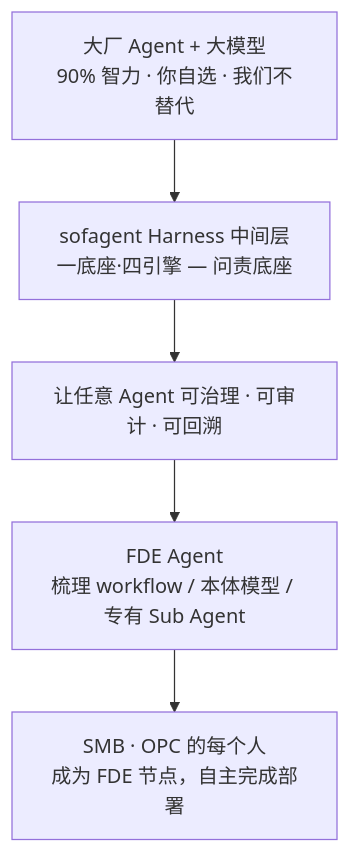
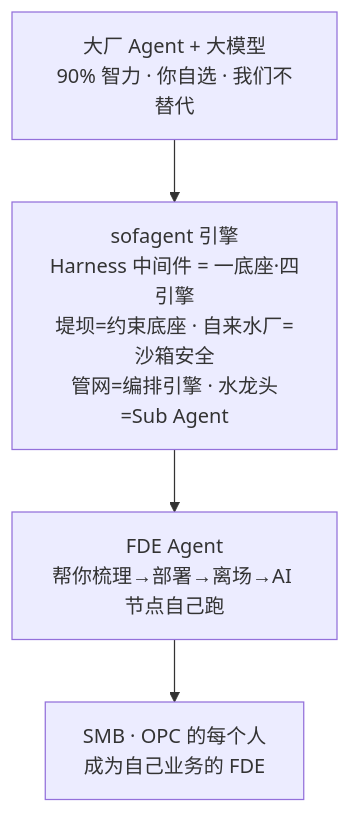
Before and after one commit to KongFangXun/sofagent: the first of 5 diagrams in docs/ARCHITECTURE.md, drawn with Mermaid. The commit also changed 6 other files, not shown here.

First line of the commit message:
docs(v1.1.9): FDE Agent 叙事全面贯通——四段式 README + 产品哲学引子 + Mermaid 统一 + HANDBOOK/DEVELOPMENT/FDE.md 叙事对齐

````diff
--- a/docs/ARCHITECTURE.md
+++ b/docs/ARCHITECTURE.md
@@ -12,7 +12,6 @@
 ```mermaid
 graph TD
-    A[大厂 Agent + 大模型<br/>90% 智力 · 你自选 · 我们不替代] --> B[sofagent Harness 中间层<br/>一底座·四引擎 — 问责底座]
-    B --> C[让任意 Agent 可治理 · 可审计 · 可回溯]
-    C --> D[FDE Agent<br/>梳理 workflow / 本体模型 / 专有 Sub Agent]
-    D --> E[SMB · OPC 的每个人<br/>成为 FDE 节点，自主完成部署]
+    A[大厂 Agent + 大模型<br/>90% 智力 · 你自选 · 我们不替代] --> B[sofagent 引擎<br/>Harness 中间件 = 一底座·四引擎<br/>堤坝=约束底座 · 自来水厂=沙箱安全<br/>管网=编排引擎 · 水龙头=Sub Agent]
+    B --> C[FDE Agent<br/>帮你梳理→部署→离场→AI 节点自己跑]
+    C --> D[SMB · OPC 的每个人<br/>成为自己业务的 FDE]
 ```
````
